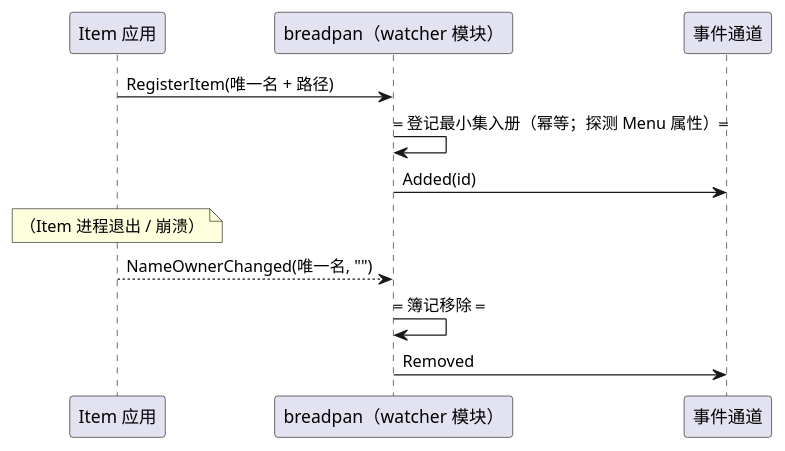
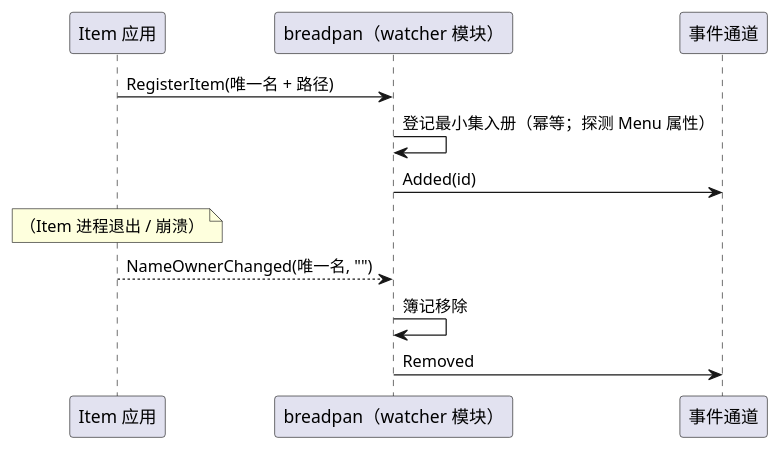
Before and after one commit to 54m43lJ/BreadKnife: the diagram in diagram/breadpan-register.puml, drawn with PlantUML. The commit also changed 13 other files, not shown here.

First line of the commit message:
docs(diagram): 清理 == 残留；§2.7 活动图对照修订

```diff
--- a/diagram/breadpan-register.puml
+++ b/diagram/breadpan-register.puml
@@ -1,13 +1,13 @@
 @startuml breadpan-register
 participant "Item 应用" as item
 participant "breadpan（watcher 模块）" as bp
 participant "事件通道" as ch
 
 item -> bp: RegisterItem(唯一名 + 路径)
-bp -> bp: == 登记最小集入册（幂等；探测 Menu 属性）==
+bp -> bp: 登记最小集入册（幂等；探测 Menu 属性）
 bp -> ch: Added(id)
 note over item: （Item 进程退出 / 崩溃）
 item --> bp: NameOwnerChanged(唯一名, "")
-bp -> bp: == 簿记移除 ==
+bp -> bp: 簿记移除
 bp -> ch: Removed
 @enduml
```
